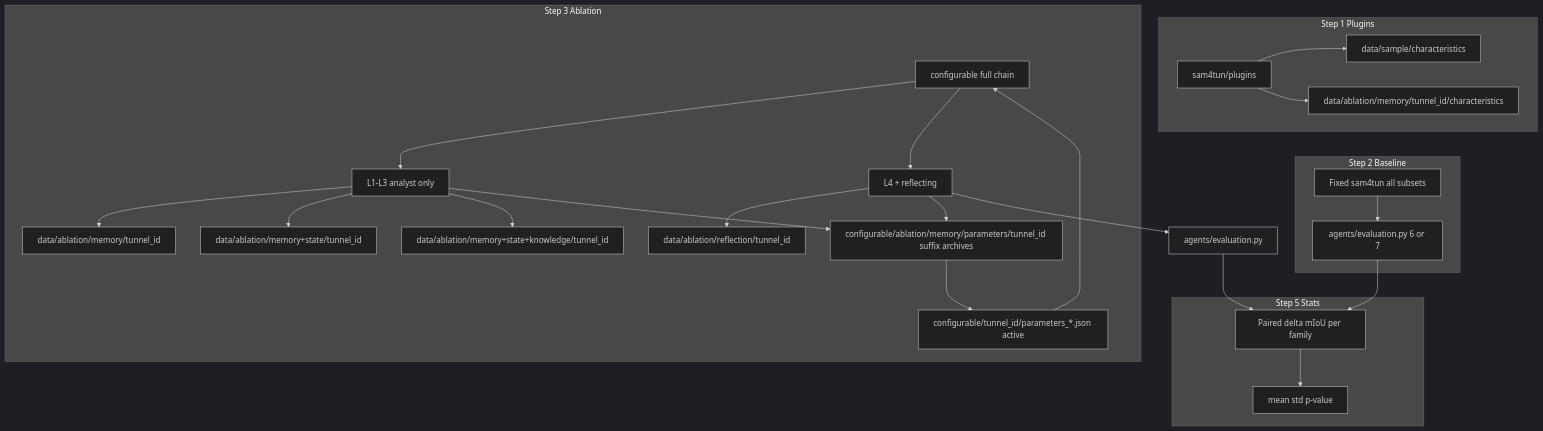
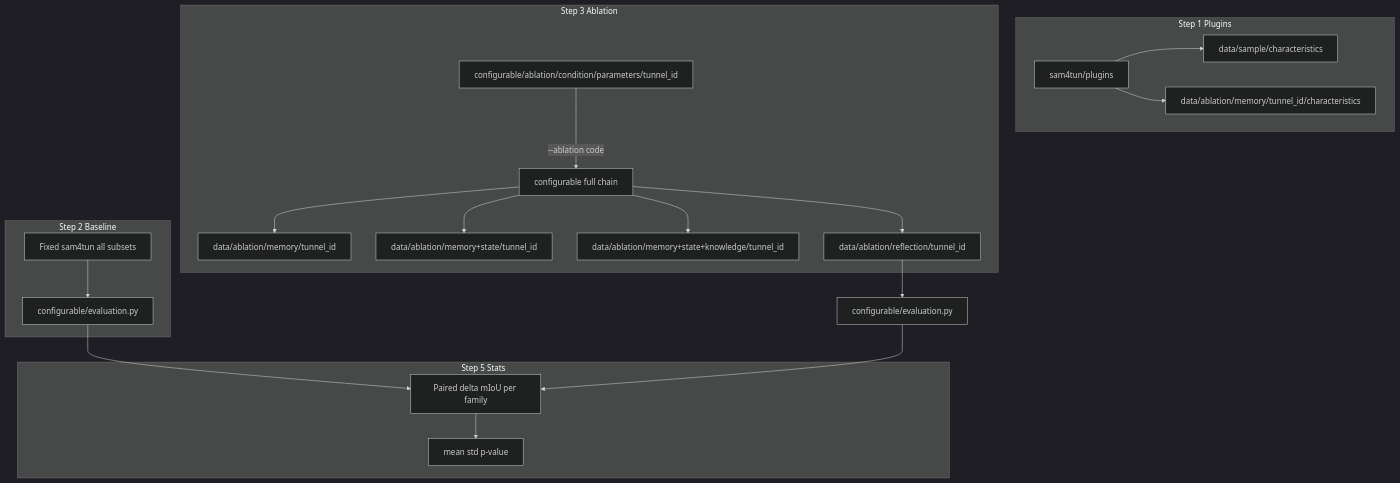
One commit to Tao-Robominds/R4Tun changed the diagram in methods/plans/steps/00_methodology_chain.md. Above: the diagram before and after it, drawn with Mermaid (dark theme). The commit also changed other lines of this file and 521 other files, not shown here.

````diff
--- a/methods/plans/steps/00_methodology_chain.md
+++ b/methods/plans/steps/00_methodology_chain.md
@@ -149,43 +143,35 @@
 ```mermaid
 flowchart TB
   subgraph plugins [Step 1 Plugins]
     P[sam4tun/plugins]
     S[data/sample/characteristics]
     U[data/ablation/memory/tunnel_id/characteristics]
     P --> S
     P --> U
   end
   subgraph base [Step 2 Baseline]
     B[Fixed sam4tun all subsets]
-    E1[agents/evaluation.py 6 or 7]
+    E1[configurable/evaluation.py]
     B --> E1
   end
   subgraph abl [Step 3 Ablation]
     C[configurable full chain]
-    A1[L1-L3 analyst only]
-    A4[L4 + reflecting]
+    PA[configurable/ablation/condition/parameters/tunnel_id]
     D1[data/ablation/memory/tunnel_id]
     D2[data/ablation/memory+state/tunnel_id]
     D3[data/ablation/memory+state+knowledge/tunnel_id]
     D4[data/ablation/reflection/tunnel_id]
-    PM[configurable/ablation/memory/parameters/tunnel_id suffix archives]
-    CA[configurable/tunnel_id/parameters_*.json active]
-    C --> A1
-    C --> A4
-    A1 --> D1
-    A1 --> D2
-    A1 --> D3
-    A4 --> D4
-    A1 --> PM
-    A4 --> PM
-    PM --> CA
-    CA --> C
+    PA -->|"--ablation code"| C
+    C --> D1
+    C --> D2
+    C --> D3
+    C --> D4
   end
   subgraph stats [Step 5 Stats]
     T[Paired delta mIoU per family]
     T --> M[mean std p-value]
   end
   E1 --> T
-  A4 --> E2[agents/evaluation.py]
+  D4 --> E2[configurable/evaluation.py]
   E2 --> T
 ```
````
